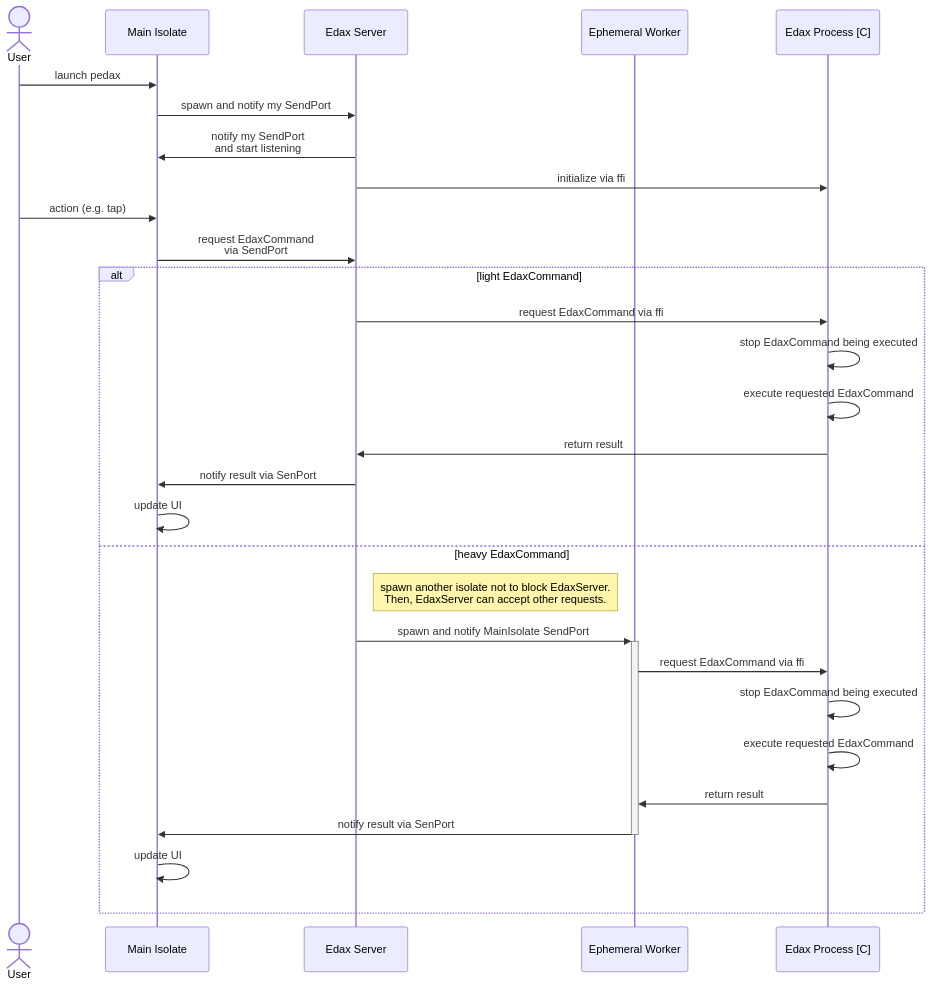
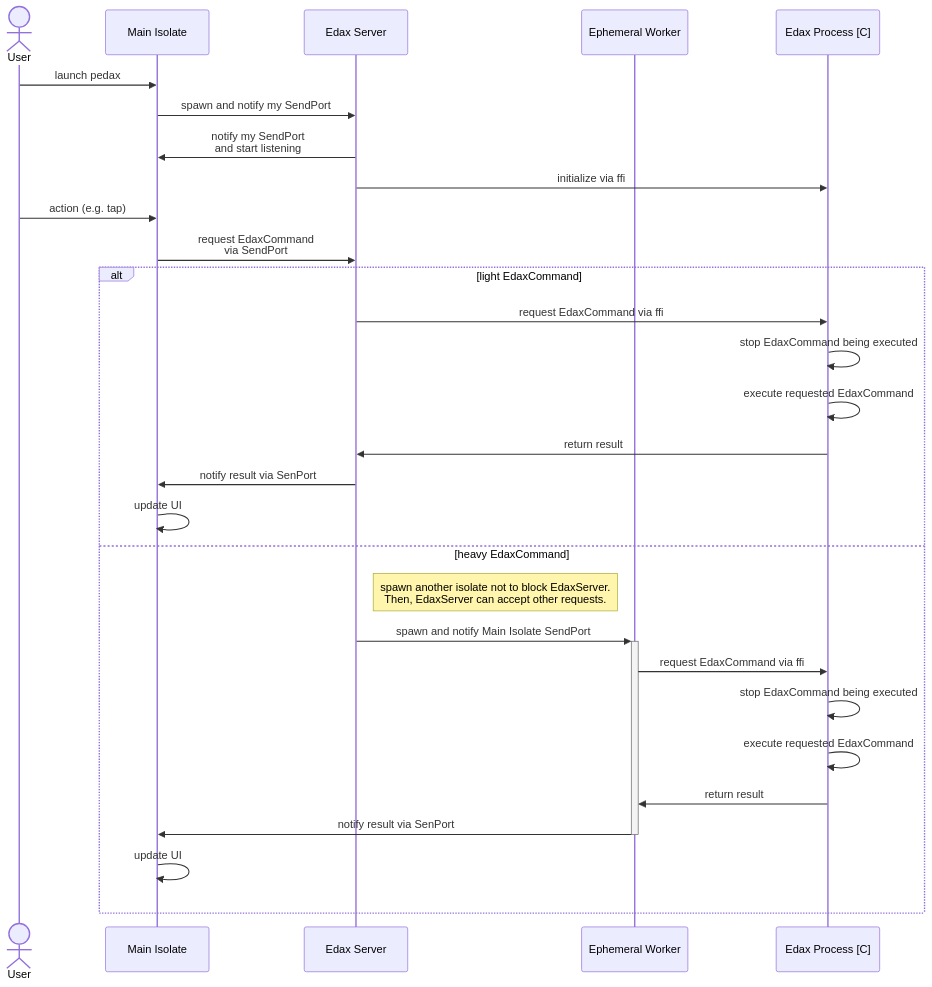
One commit to sensuikan1973/pedax changed the diagram in README.md. Above: the diagram before and after it, drawn with Mermaid. The commit also changed other lines of this file, not shown here.

````diff
--- a/README.md
+++ b/README.md
@@ -51,41 +56,41 @@
 ```mermaid
 %% https://mermaid-js.github.io/mermaid/#/sequenceDiagram
 sequenceDiagram
   actor User
   participant MainIsolate as Main Isolate
   participant EdaxServer as Edax Server
   participant EphemeralWorker as Ephemeral Worker
   participant EdaxProcess as Edax Process [C]
 
   link EdaxServer: source @ https://github.com/sensuikan1973/pedax/tree/main/lib/engine
   link EdaxServer: caller @ https://github.com/sensuikan1973/pedax/blob/main/lib/models/board_notifier.dart
   link EphemeralWorker: source @ https://github.com/sensuikan1973/pedax/tree/main/lib/engine
   link EdaxProcess: binding source (Dart) @ https://github.com/sensuikan1973/libedax4dart
   link EdaxProcess: origin source(C) @ https://github.com/sensuikan1973/edax-reversi/tree/libedax_sensuikan1973
 
   User ->> MainIsolate: launch pedax
   MainIsolate ->> EdaxServer: spawn and notify my SendPort
   EdaxServer ->> MainIsolate: notify my SendPort<br/>and start listening
   EdaxServer ->> EdaxProcess: initialize via ffi
 
   User ->> MainIsolate: action (e.g. tap)
   MainIsolate ->> EdaxServer: request EdaxCommand<br/>via SendPort
 
   alt light EdaxCommand
     EdaxServer ->> EdaxProcess: request EdaxCommand via ffi
     EdaxProcess ->> EdaxProcess: stop EdaxCommand being executed
     EdaxProcess ->> EdaxProcess: execute requested EdaxCommand
     EdaxProcess ->> EdaxServer: return result
     EdaxServer ->> MainIsolate: notify result via SenPort
     MainIsolate ->> MainIsolate: update UI
   else heavy EdaxCommand
     note right of EdaxServer: spawn another isolate not to block EdaxServer.<br>Then, EdaxServer can accept other requests.
-    EdaxServer ->>+ EphemeralWorker: spawn and notify MainIsolate SendPort
+    EdaxServer ->>+ EphemeralWorker: spawn and notify Main Isolate SendPort
     EphemeralWorker ->> EdaxProcess: request EdaxCommand via ffi
     EdaxProcess ->> EdaxProcess: stop EdaxCommand being executed
     EdaxProcess ->> EdaxProcess: execute requested EdaxCommand
     EdaxProcess ->> EphemeralWorker: return result
     EphemeralWorker ->>- MainIsolate: notify result via SenPort
     MainIsolate ->> MainIsolate: update UI
   end
 ```
````
